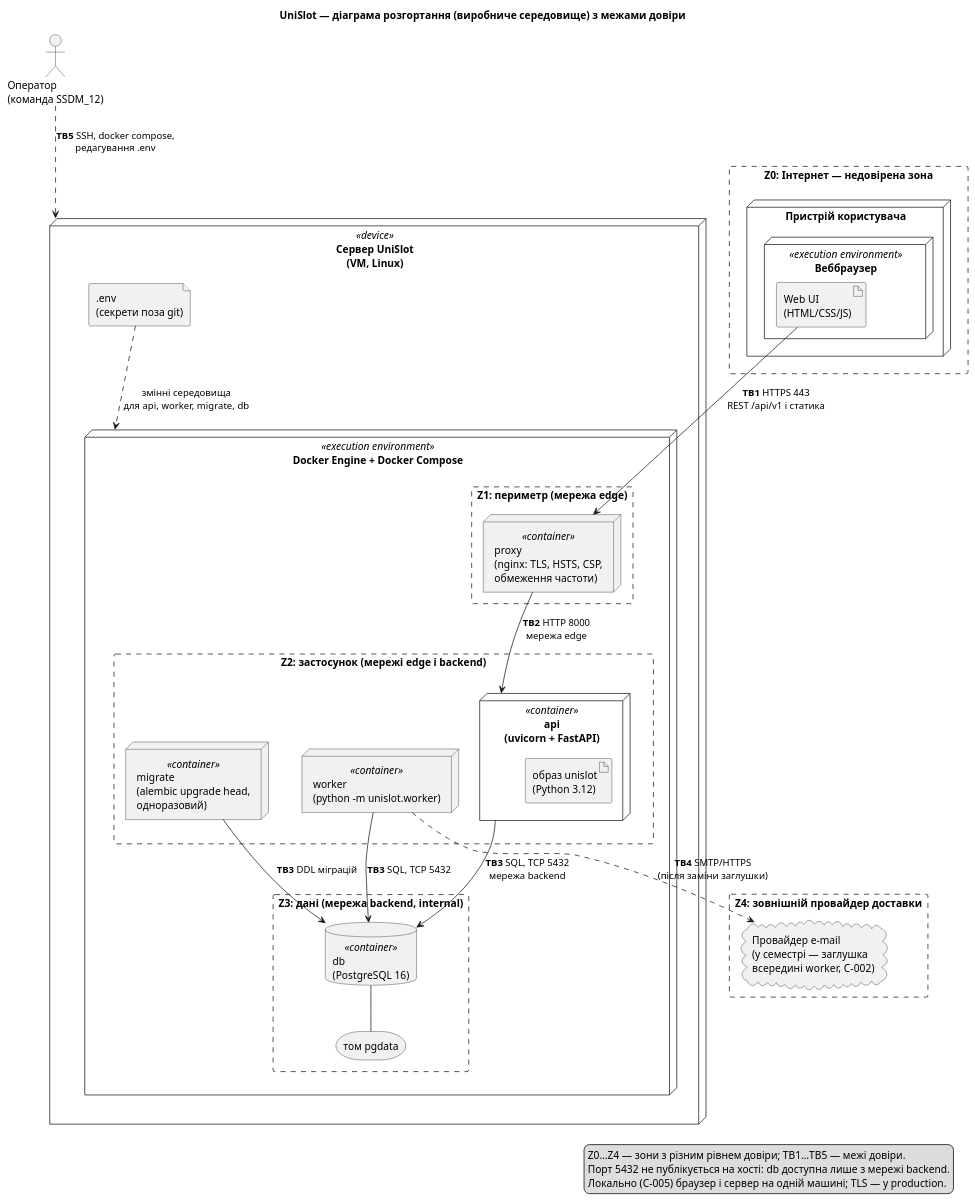
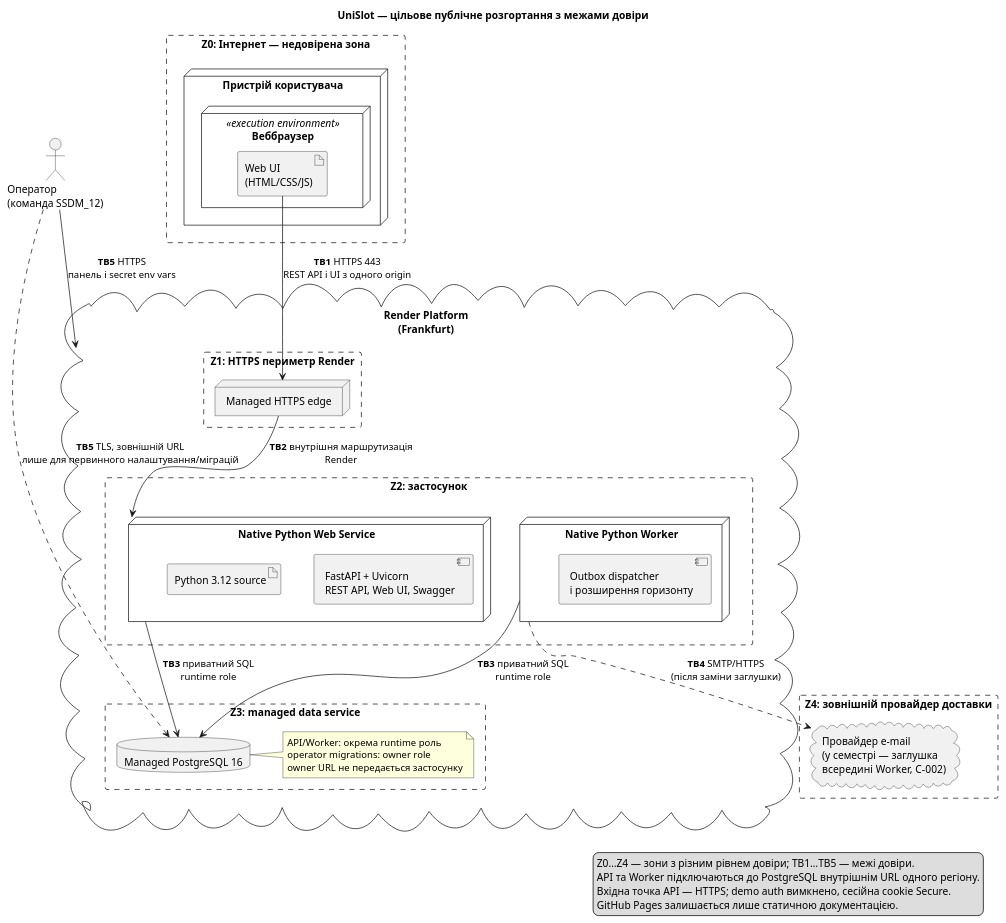
One commit to ukma-fin-ssdm-2026/SSDM_12 changed the diagram in docs/architecture/uml/deployment.puml. Above: the diagram before and after it, drawn with PlantUML. The commit also changed 31 other files, not shown here.

```diff
--- a/docs/architecture/uml/deployment.puml
+++ b/docs/architecture/uml/deployment.puml
@@ -1,60 +1,60 @@
 @startuml deployment
-' UniSlot — діаграма розгортання цільового виробничого середовища (Лаб 3).
-' Один сервер із Docker Compose (C-005); локальне демо — та сама конфігурація.
-' Пунктирні рамки — зони довіри Z0…Z4; позначки TB1…TB5 на зв'язках —
-' межі довіри, які аналізує ../threat-model.md (STRIDE).
-title UniSlot — діаграма розгортання (виробниче середовище) з межами довіри
+' UniSlot — цільова публічна топологія на Render без контейнерного runtime.
+' Публічне розгортання ще не виконане; діаграма описує підготовлену конфігурацію.
+title UniSlot — цільове публічне розгортання з межами довіри
 skinparam shadowing false
 skinparam nodesep 45
 skinparam ranksep 60
 
 actor "Оператор\n(команда SSDM_12)" as ops
 
 rectangle "Z0: Інтернет — недовірена зона" as z0 #line.dashed {
   node "Пристрій користувача" as device {
     node "Веббраузер" <<execution environment>> as browser {
       artifact "Web UI\n(HTML/CSS/JS)" as webui
     }
   }
 }
 
-node "Сервер UniSlot\n(VM, Linux)" <<device>> as host {
-  node "Docker Engine + Docker Compose" <<execution environment>> as docker {
-    rectangle "Z1: периметр (мережа edge)" as z1 #line.dashed {
-      node "proxy\n(nginx: TLS, HSTS, CSP,\nобмеження частоти)" <<container>> as proxy
+cloud "Render Platform\n(Frankfurt)" as render {
+  rectangle "Z1: HTTPS периметр Render" as z1 #line.dashed {
+    node "Managed HTTPS edge" as edge
+  }
+  rectangle "Z2: застосунок" as z2 #line.dashed {
+    node "Native Python Web Service" as api {
+      component "FastAPI + Uvicorn\nREST API, Web UI, Swagger" as fastapi
+      artifact "Python 3.12 source" as source
     }
-    rectangle "Z2: застосунок (мережі edge і backend)" as z2 #line.dashed {
-      node "api\n(uvicorn + FastAPI)" <<container>> as api {
-        artifact "образ unislot\n(Python 3.12)" as img
-      }
-      node "worker\n(python -m unislot.worker)" <<container>> as worker
-      node "migrate\n(alembic upgrade head,\nодноразовий)" <<container>> as migrate
-    }
-    rectangle "Z3: дані (мережа backend, internal)" as z3 #line.dashed {
-      database "db\n(PostgreSQL 16)" <<container>> as db
-      storage "том pgdata" as vol
+    node "Native Python Worker" as worker {
+      component "Outbox dispatcher\nі розширення горизонту" as worker_app
     }
   }
-  file ".env\n(секрети поза git)" as env
+  rectangle "Z3: managed data service" as z3 #line.dashed {
+    database "Managed PostgreSQL 16" as db
+    note right of db
+      API/Worker: окрема runtime роль
+      operator migrations: owner role
+      owner URL не передається застосунку
+    end note
+  }
 }
 
 rectangle "Z4: зовнішній провайдер доставки" as z4 #line.dashed {
-  cloud "Провайдер e-mail\n(у семестрі — заглушка\nвсередині worker, C-002)" as mail
+  cloud "Провайдер e-mail\n(у семестрі — заглушка\nвсередині Worker, C-002)" as mail
 }
 
-webui --> proxy : <b>TB1</b> HTTPS 443\nREST /api/v1 і статика
-proxy --> api : <b>TB2</b> HTTP 8000\nмережа edge
-api --> db : <b>TB3</b> SQL, TCP 5432\nмережа backend
-worker --> db : <b>TB3</b> SQL, TCP 5432
-migrate --> db : <b>TB3</b> DDL міграцій
+webui --> edge : <b>TB1</b> HTTPS 443\nREST API і UI з одного origin
+edge --> api : <b>TB2</b> внутрішня маршрутизація\nRender
+api --> db : <b>TB3</b> приватний SQL\nruntime role
+worker --> db : <b>TB3</b> приватний SQL\nruntime role
 worker ..> mail : <b>TB4</b> SMTP/HTTPS\n(після заміни заглушки)
-db -- vol
-ops ..> host : <b>TB5</b> SSH, docker compose,\nредагування .env
-env ..> docker : змінні середовища\nдля api, worker, migrate, db
+ops --> render : <b>TB5</b> HTTPS\nпанель і secret env vars
+ops ..> db : <b>TB5</b> TLS, зовнішній URL\nлише для первинного налаштування/міграцій
 
 legend bottom right
   Z0…Z4 — зони з різним рівнем довіри; TB1…TB5 — межі довіри.
-  Порт 5432 не публікується на хості: db доступна лише з мережі backend.
-  Локально (C-005) браузер і сервер на одній машині; TLS — у production.
+  API та Worker підключаються до PostgreSQL внутрішнім URL одного регіону.
+  Вхідна точка API — HTTPS; demo auth вимкнено, сесійна cookie Secure.
+  GitHub Pages залишається лише статичною документацією.
 endlegend
 @enduml
```
